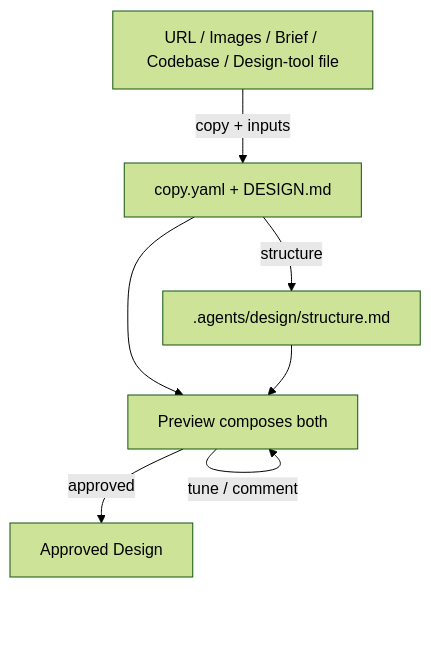
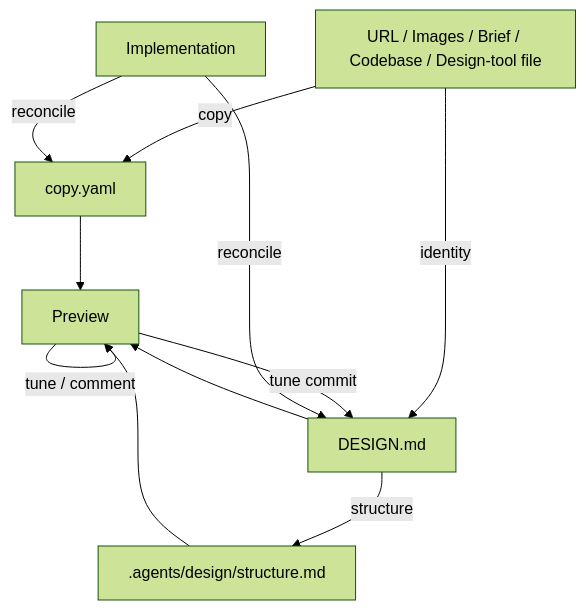
The diagram in skills/product/design-builder/README.md (adeonir/agent-skills), drawn with Mermaid (forest theme) before and after one commit. The commit also changed other lines of this file and 9 other files, not shown here.

````diff
--- a/skills/product/design-builder/README.md
+++ b/skills/product/design-builder/README.md
@@ -7,9 +7,13 @@
 ```mermaid
 flowchart TD
-    A[URL / Images / Brief / Codebase / Design-tool file] -->|copy + inputs| B[copy.yaml + DESIGN.md]
-    B -->|structure| C[.agents/design/structure.md]
-    B --> D[Preview composes both]
+    A[URL / Images / Brief / Codebase / Design-tool file] -->|copy| B1[copy.yaml]
+    A -->|identity| B2[DESIGN.md]
+    B2 -->|structure| C[.agents/design/structure.md]
+    B1 --> D[Preview]
+    B2 --> D
     C --> D
     D -->|tune / comment| D
-    D -->|approved| E[Approved Design]
+    D -->|tune commit| B2
+    Impl[Implementation] -->|reconcile| B2
+    Impl -->|reconcile| B1
 ```
````
